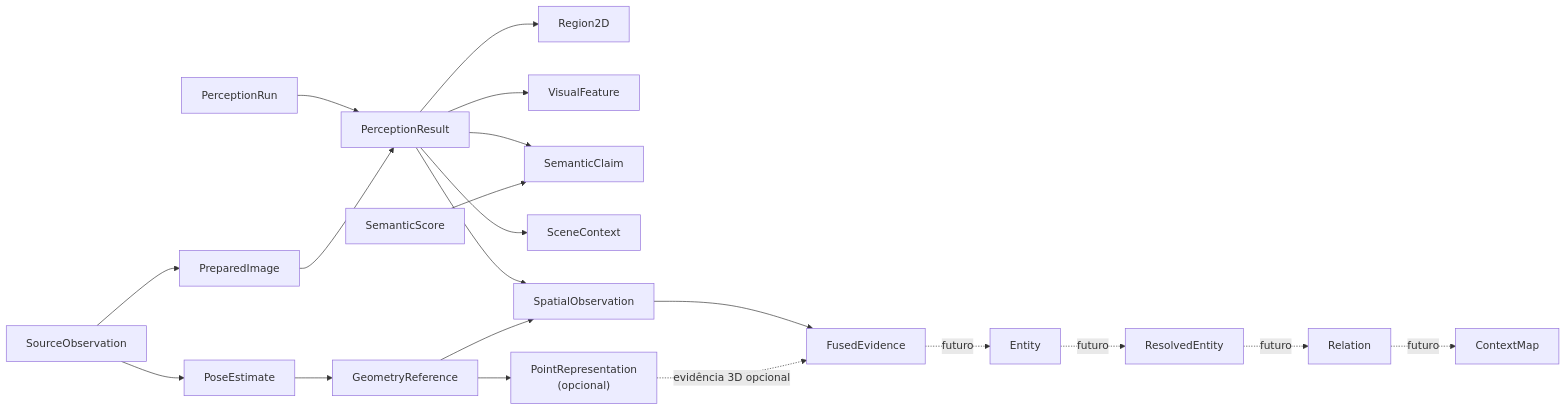
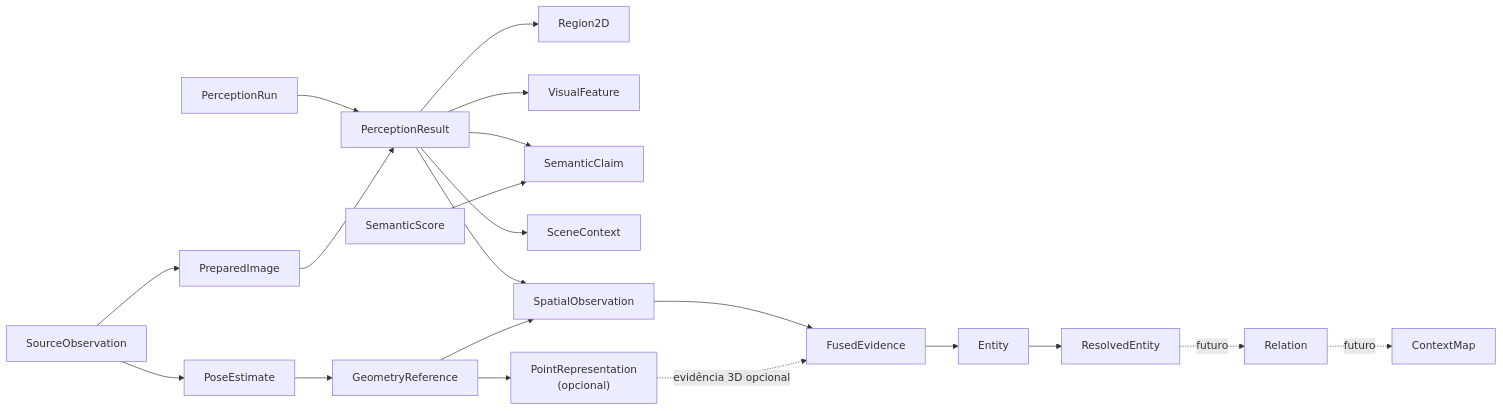
The second of 4 diagrams in docs/CONTRACTS.md (Alexandre-Tortoza/contextmap2), drawn with Mermaid before and after one commit. The commit also changed other lines of this file and 9 other files, not shown here.

````diff
--- a/docs/CONTRACTS.md
+++ b/docs/CONTRACTS.md
@@ -43,23 +44,23 @@
 ```mermaid
 flowchart LR
     SO["SourceObservation"] --> PI["PreparedImage"]
     RUN["PerceptionRun"] --> PR["PerceptionResult"]
     PI --> PR
     PR --> R["Region2D"]
     PR --> VF["VisualFeature"]
     PR --> SC["SemanticClaim"]
     PR --> CTX["SceneContext"]
     SUP["SemanticScore"] --> SC
 
     SO --> PE["PoseEstimate"]
     PE --> GM["GeometryReference"]
     PR --> SP["SpatialObservation"]
     GM --> SP
     GM --> P3["PointRepresentation<br/>(opcional)"]
     SP --> FE["FusedEvidence"]
     P3 -. evidência 3D opcional .-> FE
-    FE -. futuro .-> E["Entity"]
-    E -. futuro .-> RE["ResolvedEntity"]
+    FE --> E["Entity"]
+    E --> RE["ResolvedEntity"]
     RE -. futuro .-> REL["Relation"]
     REL -. futuro .-> CM["ContextMap"]
 ```
````
